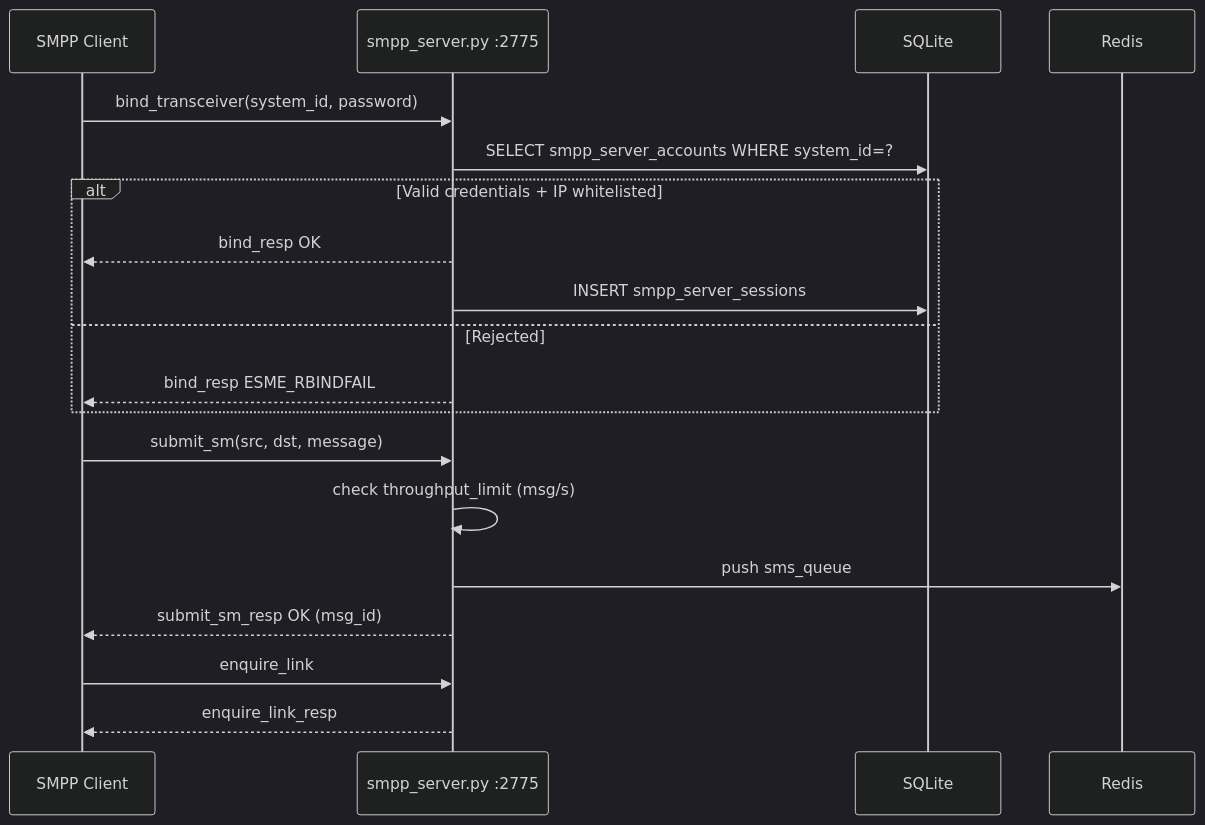
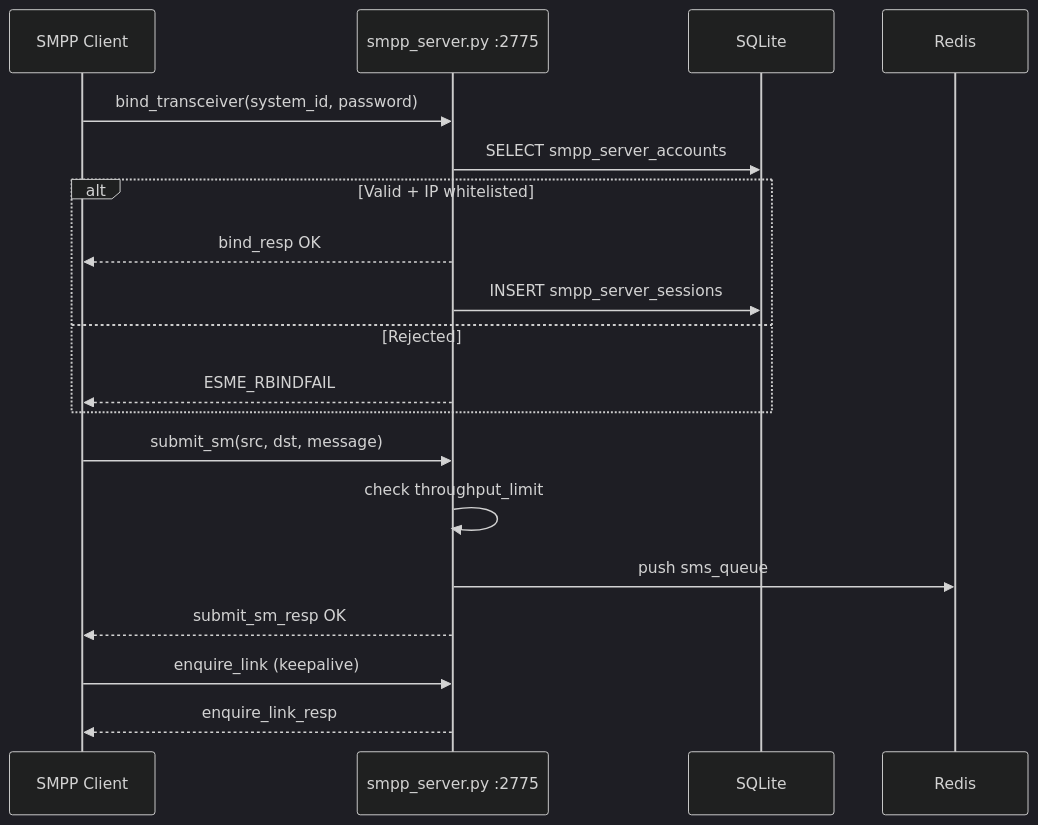
One commit to Adnan5740/sigmapanel-ci changed the third of 4 diagrams in README.md. Above: the diagram before and after it, drawn with Mermaid (dark theme). The commit also changed other lines of this file and 2 other files, not shown here.

````diff
--- a/README.md
+++ b/README.md
@@ -72,21 +72,21 @@
 ```mermaid
 sequenceDiagram
     participant C as SMPP Client
     participant S as smpp_server.py :2775
     participant DB as SQLite
 
     C->>S: bind_transceiver(system_id, password)
-    S->>DB: SELECT smpp_server_accounts WHERE system_id=?
-    alt Valid credentials + IP whitelisted
+    S->>DB: SELECT smpp_server_accounts
+    alt Valid + IP whitelisted
         S-->>C: bind_resp OK
         S->>DB: INSERT smpp_server_sessions
     else Rejected
-        S-->>C: bind_resp ESME_RBINDFAIL
+        S-->>C: ESME_RBINDFAIL
     end
     C->>S: submit_sm(src, dst, message)
-    S->>S: check throughput_limit (msg/s)
+    S->>S: check throughput_limit
     S->>Redis: push sms_queue
-    S-->>C: submit_sm_resp OK (msg_id)
-    C->>S: enquire_link
+    S-->>C: submit_sm_resp OK
+    C->>S: enquire_link (keepalive)
     S-->>C: enquire_link_resp
 ```
````
